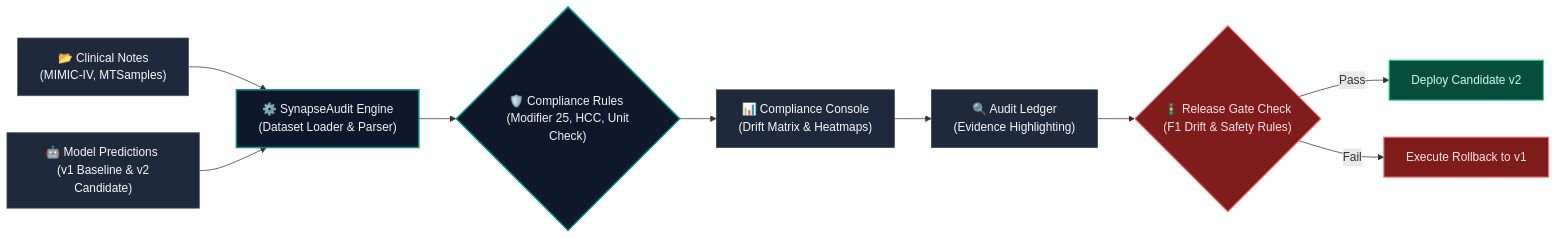
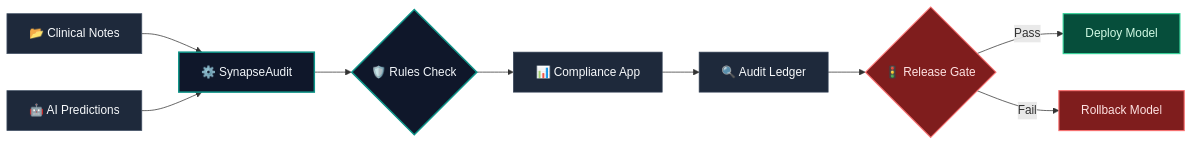
Before and after one commit to Navneet-Scaler/SynapsAudit: the diagram in README.md, drawn with Mermaid. The commit also changed other lines of this file, not shown here.

Commit message:
docs: Refine README diagram node labels and add layperson business scenario explanation

````diff
--- a/README.md
+++ b/README.md
@@ -19,35 +19,35 @@
 ```mermaid
 graph LR
     %% Styling Classes
     classDef input fill:#1E293B,stroke:#475569,stroke-width:1px,color:#F8FAFC;
     classDef engine fill:#0F172A,stroke:#0D9488,stroke-width:2px,color:#F1F5F9;
     classDef metric fill:#1E293B,stroke:#334155,stroke-width:1px,color:#F8FAFC;
     classDef gate fill:#7F1D1D,stroke:#F87171,stroke-width:1.5px,color:#FEE2E2;
     classDef pass fill:#064E3B,stroke:#34D399,stroke-width:1.5px,color:#D1FAE5;
 
     %% Data Nodes
-    A["📂 Clinical Notes <br> (MIMIC-IV, MTSamples)"]:::input
-    B["🤖 Model Predictions <br> (v1 Baseline & v2 Candidate)"]:::input
+    A["📂 Clinical Notes"]:::input
+    B["🤖 AI Predictions"]:::input
 
     %% Processing Nodes
-    C["⚙️ SynapseAudit Engine <br> (Dataset Loader & Parser)"]:::engine
-    D{"🛡️ Compliance Rules <br> (Modifier 25, HCC, Unit Check)"}:::engine
+    C["⚙️ SynapseAudit"]:::engine
+    D{"🛡️ Rules Check"}:::engine
 
     %% Review Nodes
-    E["📊 Compliance Console <br> (Drift Matrix & Heatmaps)"]:::metric
-    F["🔍 Audit Ledger <br> (Evidence Highlighting)"]:::metric
+    E["📊 Compliance App"]:::metric
+    F["🔍 Audit Ledger"]:::metric
 
     %% Gate Decisions
-    G{"🚦 Release Gate Check <br> (F1 Drift & Safety Rules)"}:::gate
-    H["Deploy Candidate v2"]:::pass
-    I["Execute Rollback to v1"]:::gate
+    G{"🚦 Release Gate"}:::gate
+    H["Deploy Model"]:::pass
+    I["Rollback Model"]:::gate
 
     %% Connections
     A & B --> C
     C --> D
     D --> E
     E --> F
     F --> G
     G -->|Pass| H
     G -->|Fail| I
 ```
````
